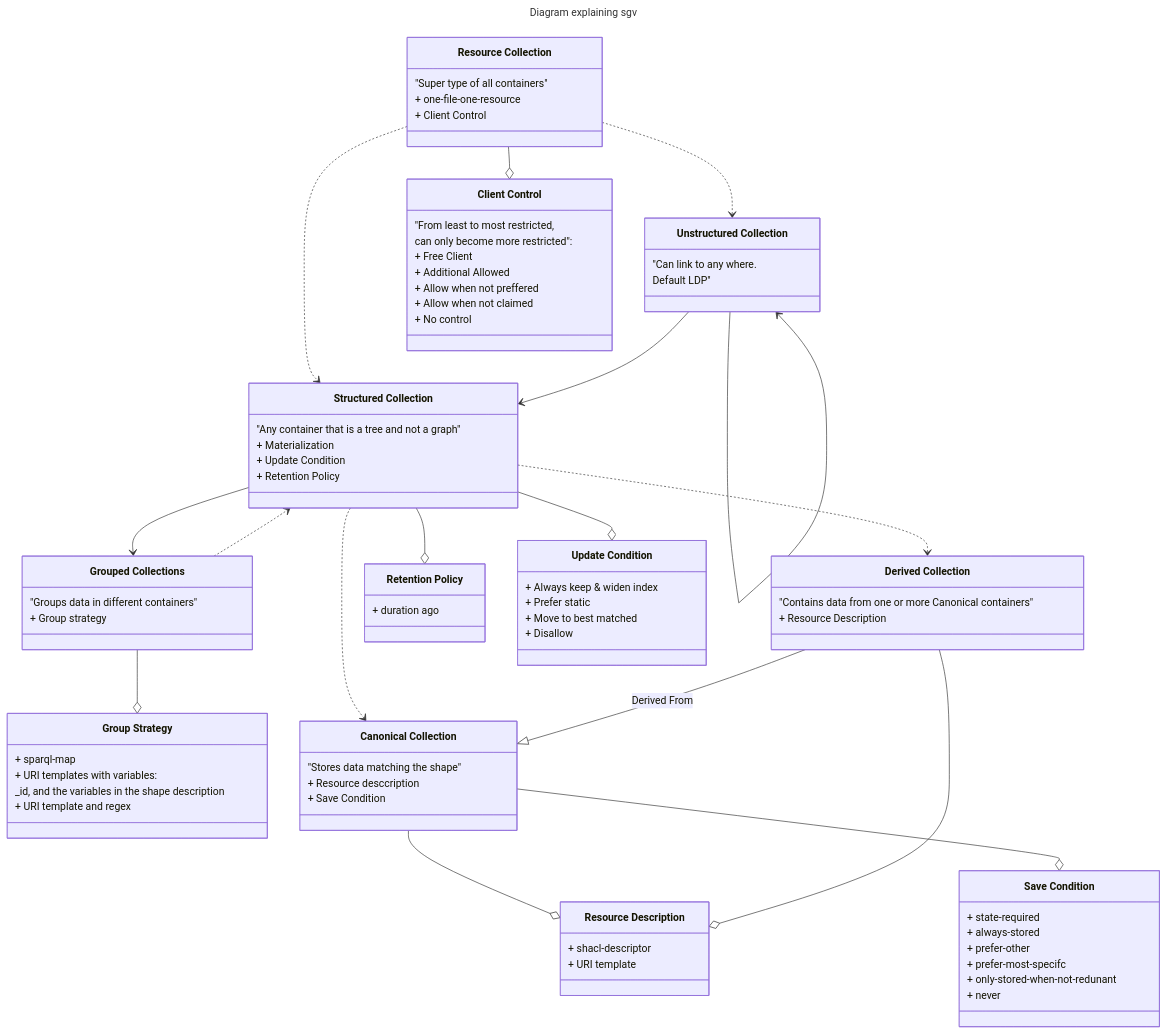
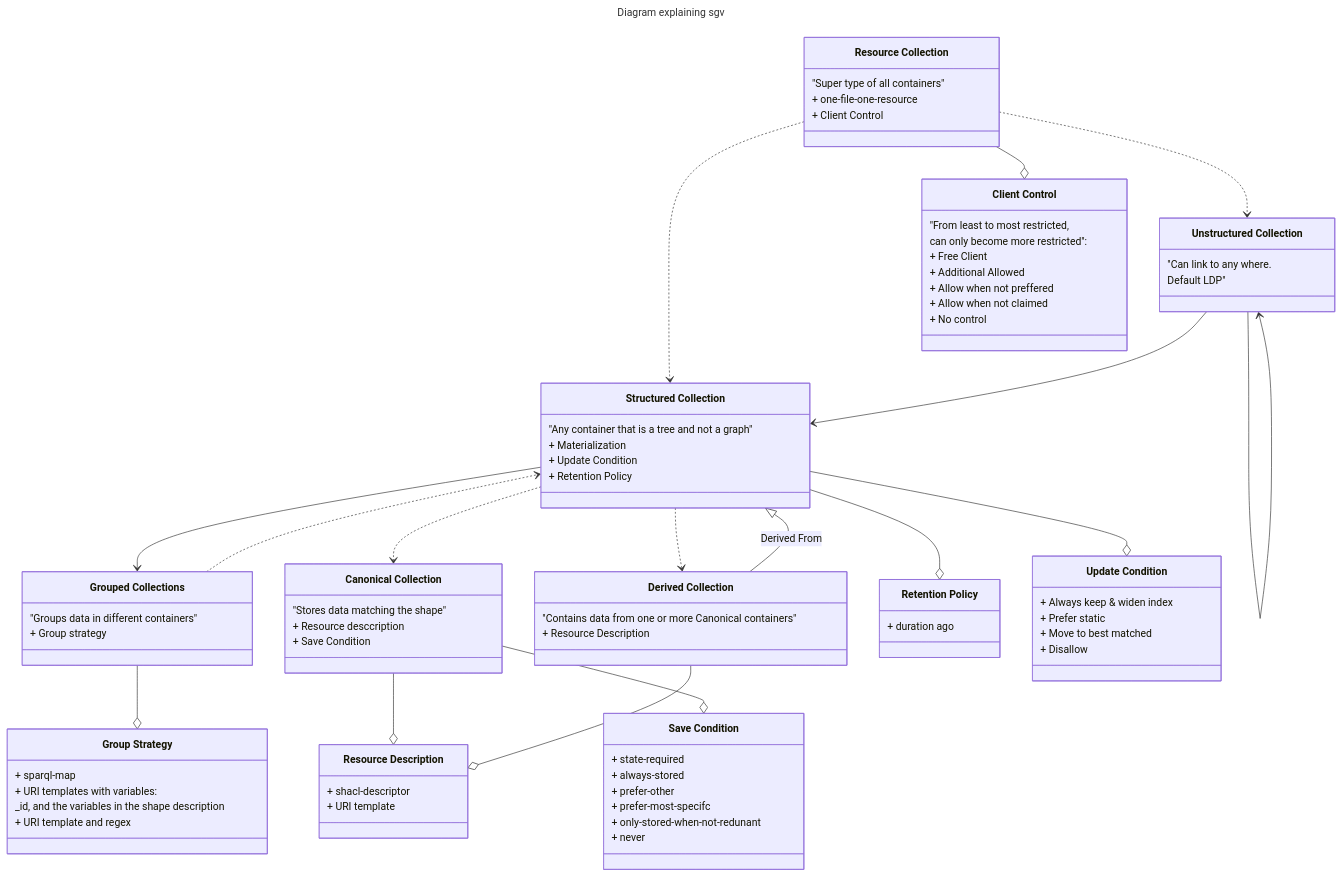
One commit to jitsedesmet/thesis changed the second of 2 diagrams in solution/storage-guidance-vocabulary/index.md. Above: the diagram before and after it, drawn with Mermaid.

Commit message:
derive from structured

```diff
--- a/solution/storage-guidance-vocabulary/index.md
+++ b/solution/storage-guidance-vocabulary/index.md
@@ -105,7 +105,7 @@
     + Save Condition
   }
 
-  DC --|> CC : Derived From
+  DC --|> SC : Derived From
   class DC["Derived Collection"] {
     "Contains data from one or more Canonical containers"
     + Resource Description
```
